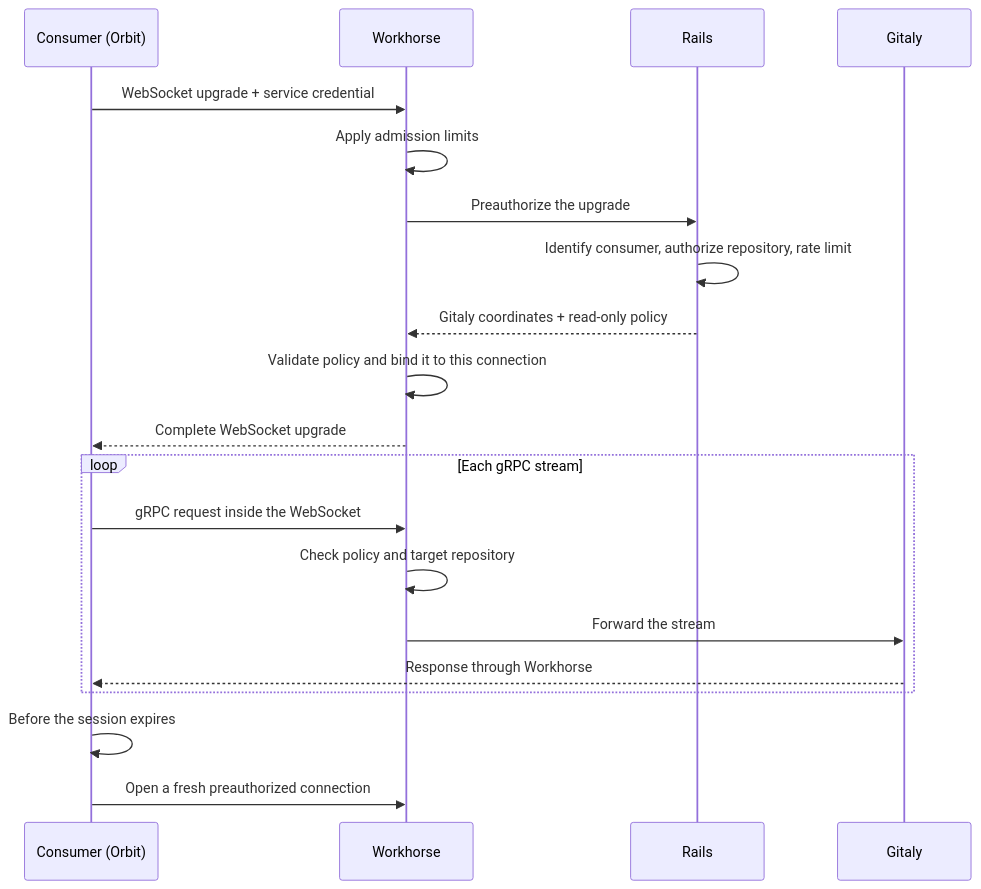
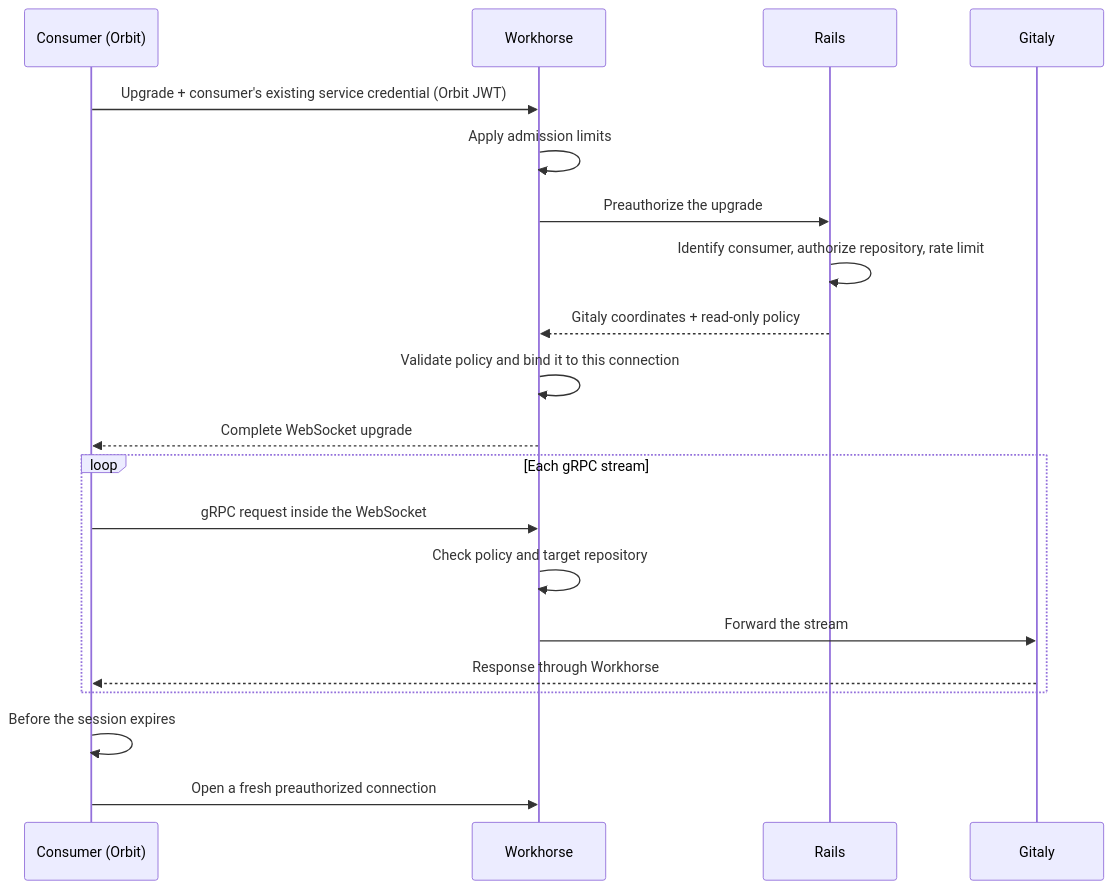
The diagram in docs/design-documents/decisions/018_gitaly_proxy_in_workhorse.md (gitlabhq/orbit-knowledge-graph), drawn with Mermaid before and after one commit. The commit also changed other lines of this file, not shown here.

````diff
--- a/docs/design-documents/decisions/018_gitaly_proxy_in_workhorse.md
+++ b/docs/design-documents/decisions/018_gitaly_proxy_in_workhorse.md
@@ -66,23 +66,23 @@
 ```mermaid
 sequenceDiagram
     participant C as Consumer (Orbit)
     participant W as Workhorse
     participant R as Rails
     participant G as Gitaly
 
-    C->>W: WebSocket upgrade + service credential
+    C->>W: Upgrade + consumer's existing service credential (Orbit JWT)
     W->>W: Apply admission limits
     W->>R: Preauthorize the upgrade
     R->>R: Identify consumer, authorize repository, rate limit
     R-->>W: Gitaly coordinates + read-only policy
     W->>W: Validate policy and bind it to this connection
     W-->>C: Complete WebSocket upgrade
     loop Each gRPC stream
         C->>W: gRPC request inside the WebSocket
         W->>W: Check policy and target repository
         W->>G: Forward the stream
         G-->>C: Response through Workhorse
     end
     C->>C: Before the session expires
     C->>W: Open a fresh preauthorized connection
 ```
````
